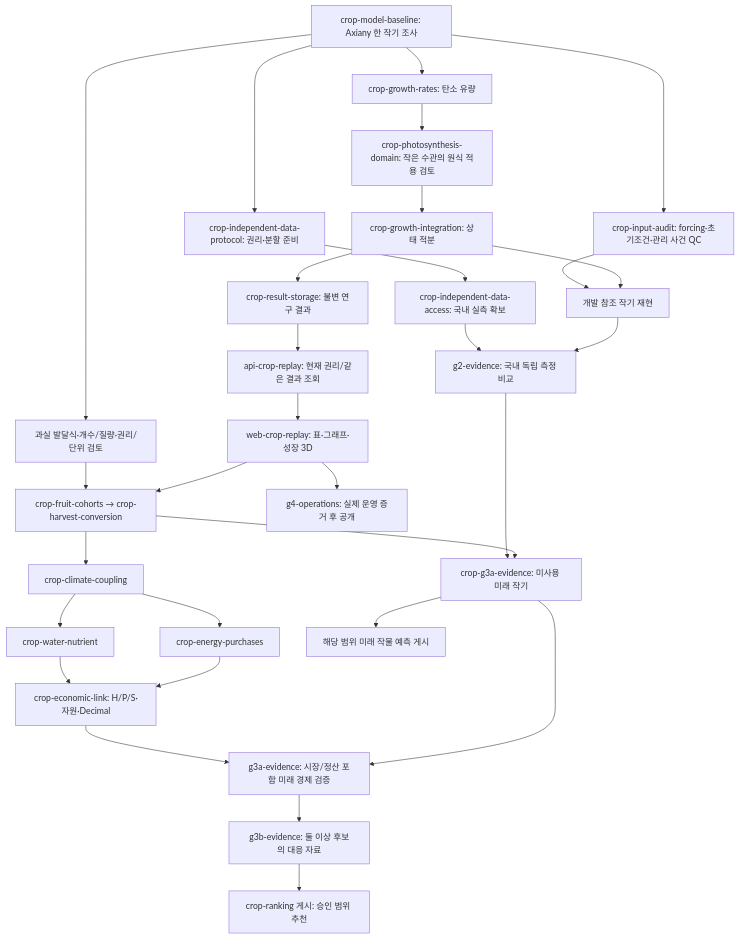
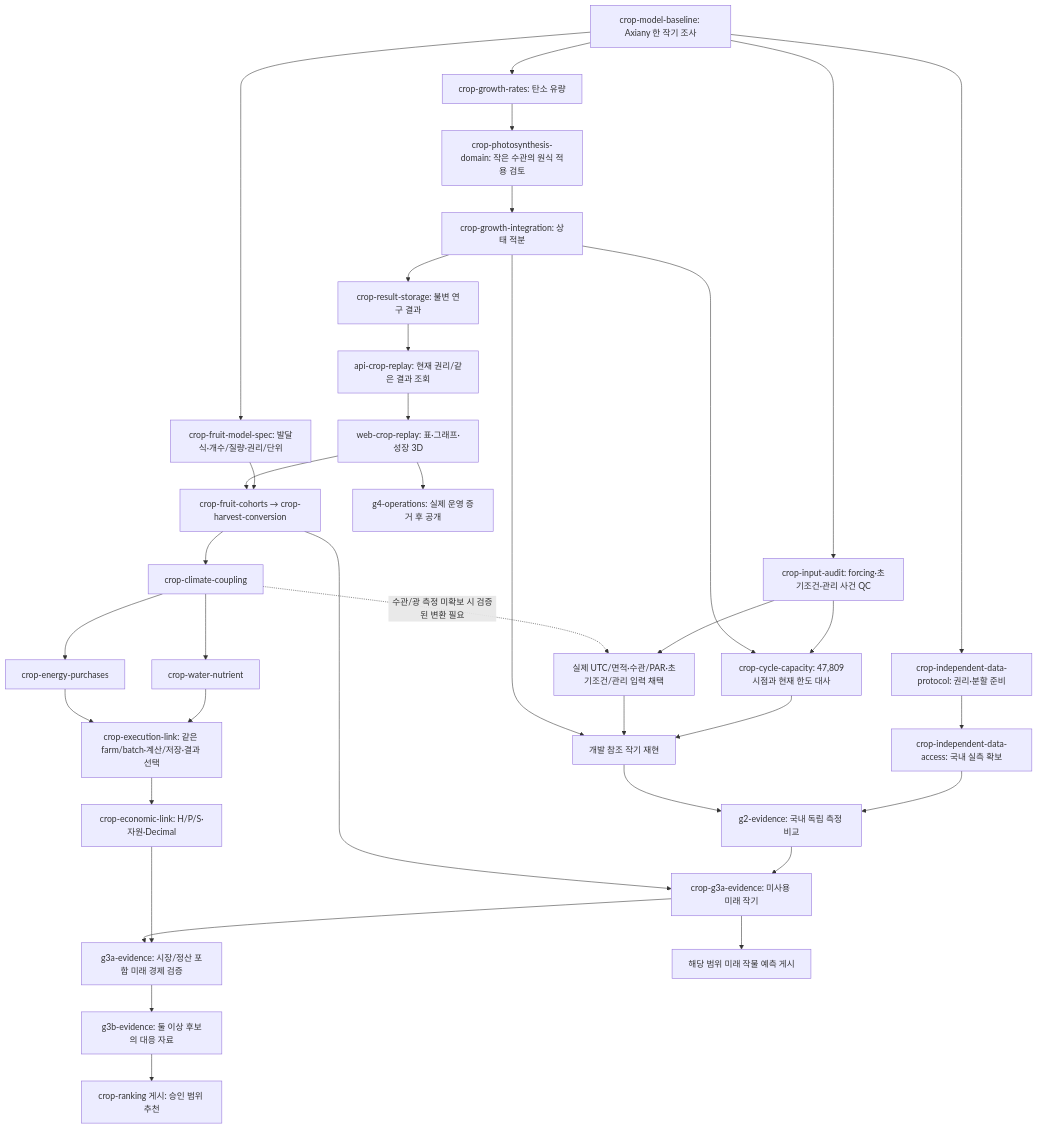
Before and after one commit to KIMSUNGHOON/OpenSmartFarmSim: the first of 2 diagrams in tasks/plan.md, drawn with Mermaid. The commit also changed other lines of this file and 10 other files, not shown here.

Commit message:
docs(crop): audit Reference303 inputs and hold real-cycle adoption

````diff
--- a/tasks/plan.md
+++ b/tasks/plan.md
@@ -20,32 +20,38 @@
 ```mermaid
 flowchart TD
   B["crop-model-baseline: Axiany 한 작기 조사"] --> R["crop-growth-rates: 탄소 유량"]
   B --> Q["crop-input-audit: forcing·초기조건·관리 사건 QC"]
   B --> AP["crop-independent-data-protocol: 권리·분할 준비"]
   AP --> A["crop-independent-data-access: 국내 실측 확보"]
   R --> D["crop-photosynthesis-domain: 작은 수관의 원식 적용 검토"]
   D --> I["crop-growth-integration: 상태 적분"]
-  Q --> X["개발 참조 작기 재현"]
+  Q --> CAP["crop-cycle-capacity: 47,809시점과 현재 한도 대사"]
+  I --> CAP
+  CAP --> X["개발 참조 작기 재현"]
+  Q --> AQ["실제 UTC/면적·수관/PAR·초기조건/관리 입력 채택"]
+  AQ --> X
   I --> X
   I --> S["crop-result-storage: 불변 연구 결과"]
   S --> API["api-crop-replay: 현재 권리/같은 결과 조회"]
   API --> V["web-crop-replay: 표·그래프·성장 3D"]
-  B --> FM["과실 발달식·개수/질량·권리/단위 검토"]
+  B --> FM["crop-fruit-model-spec: 발달식·개수/질량·권리/단위"]
   FM --> F["crop-fruit-cohorts → crop-harvest-conversion"]
   V --> F
   F --> C["crop-climate-coupling"]
+  C -. 수관/광 측정 미확보 시 검증된 변환 필요 .-> AQ
   C --> W["crop-water-nutrient"]
   C --> E["crop-energy-purchases"]
-  W --> M["crop-economic-link: H/P/S·자원·Decimal"]
-  E --> M
+  W --> L["crop-execution-link: 같은 farm/batch·계산/저장·결과 선택"]
+  E --> L
+  L --> M["crop-economic-link: H/P/S·자원·Decimal"]
   A --> G2["g2-evidence: 국내 독립 측정 비교"]
   X --> G2
   G2 --> G3A["crop-g3a-evidence: 미사용 미래 작기"]
   F --> G3A
   M --> EC["g3a-evidence: 시장/정산 포함 미래 경제 검증"]
   G3A --> EC
   G3A --> P["해당 범위 미래 작물 예측 게시"]
   EC --> PAIR["g3b-evidence: 둘 이상 후보의 대응 자료"]
   PAIR --> REC["crop-ranking 게시: 승인 범위 추천"]
   V --> PUB["g4-operations: 실제 운영 증거 후 공개"]
 ```
````
